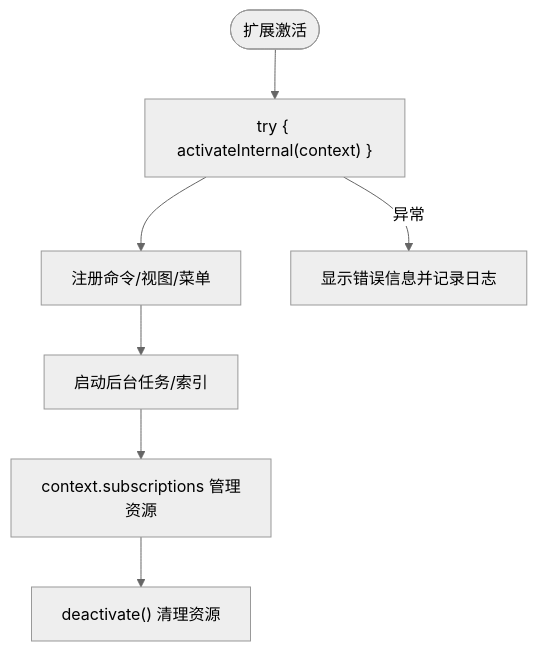
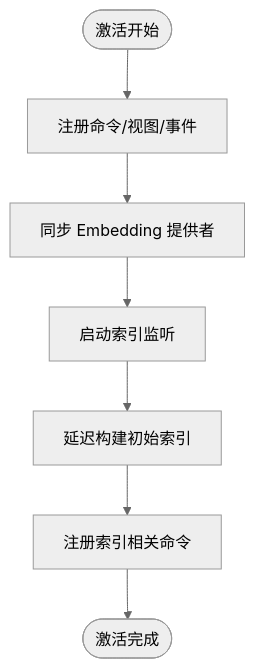
The third of 6 diagrams in .qoder/repowiki/zh/content/扩展开发/扩展开发.md (sofate798/KodrixCode), drawn with Mermaid (neutral theme) before and after one commit. The commit also changed other lines of this file and 178 other files, not shown here.

````diff
--- a/.qoder/repowiki/zh/content/扩展开发/扩展开发.md
+++ b/.qoder/repowiki/zh/content/扩展开发/扩展开发.md
@@ -123,9 +133,9 @@
 ```mermaid
 flowchart TD
-Start(["扩展激活"]) --> TryActivate["try { activateInternal(context) }"]
-TryActivate --> RegisterCmd["注册命令/视图/菜单"]
-RegisterCmd --> StartTasks["启动后台任务/索引"]
-StartTasks --> ManageSubs["context.subscriptions 管理资源"]
-ManageSubs --> Deactivate["deactivate() 清理资源"]
-TryActivate --> |异常| ShowError["显示错误信息并记录日志"]
+Start(["激活开始"]) --> Register["注册命令/视图/事件"]
+Register --> SyncEmbed["同步 Embedding 提供者"]
+SyncEmbed --> IndexWatch["启动索引监听"]
+IndexWatch --> InitIndex["延迟构建初始索引"]
+InitIndex --> Commands["注册索引相关命令"]
+Commands --> End(["激活完成"])
 ```
````
